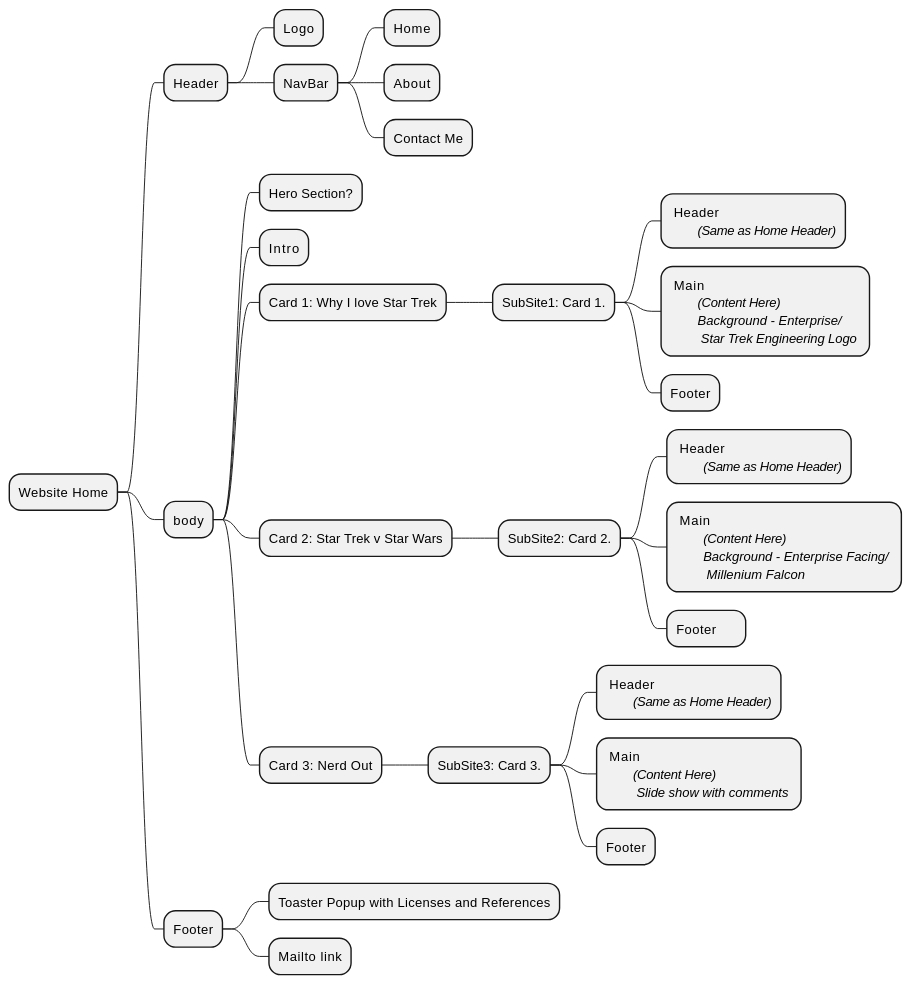
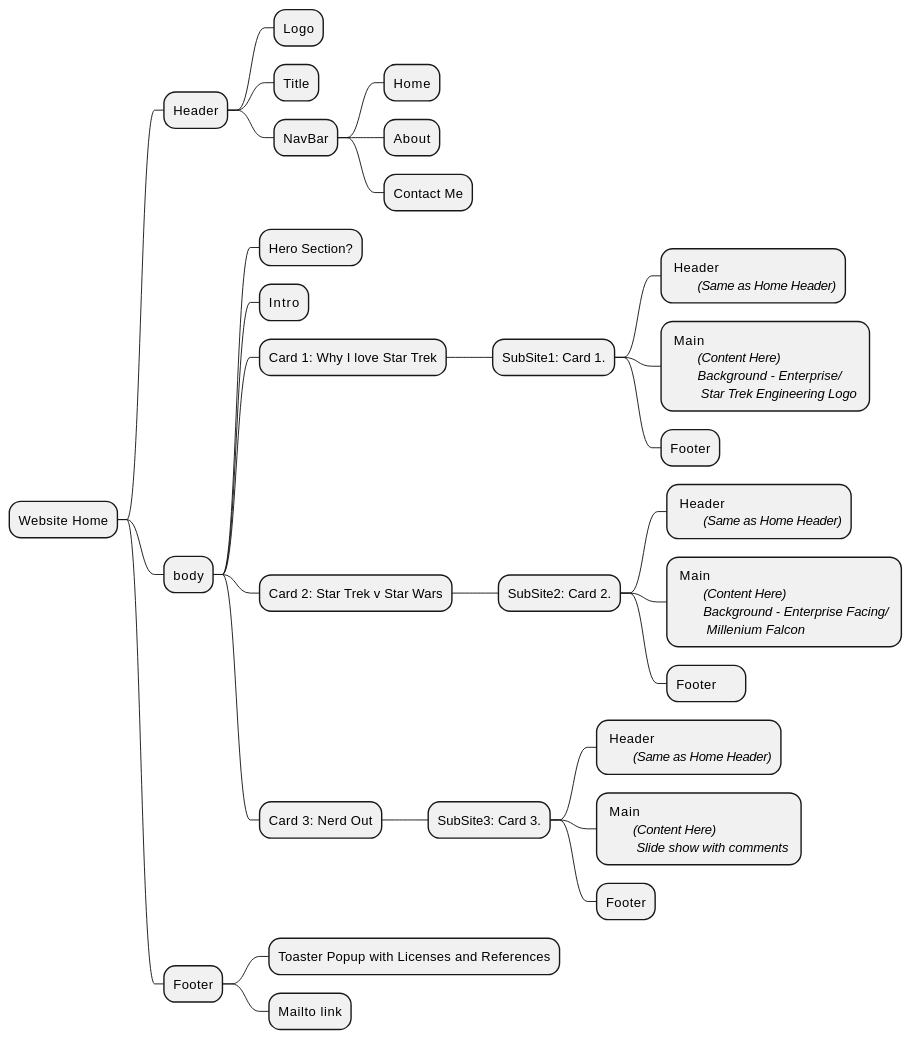
One commit to deadlyBuzz/UCDMod1-Assessment changed the second of 2 diagrams in Notes/Plans-and-Progress.md. Above: the diagram before and after it, drawn with PlantUML. The commit also changed other lines of this file and 6 other files, not shown here.

````diff
--- a/Notes/Plans-and-Progress.md
+++ b/Notes/Plans-and-Progress.md
@@ -139,44 +198,45 @@
 ```plantuml
 @startmindmap site map
 * Website Home
   ** Header
     *** Logo
+    *** Title
     *** NavBar
       **** Home
       **** About
     **** Contact Me
   ** body
     *** Hero Section?
     *** Intro
     *** Card 1: Why I love Star Trek
       **** SubSite1: Card 1.
         *****: Header
         //(Same as Home Header)//;
         *****: Main
         //(Content Here)//
         //Background - Enterprise/ //
         // Star Trek Engineering Logo// ;
         ***** Footer
     *** Card 2: Star Trek v Star Wars
       **** SubSite2: Card 2.
         *****: Header
         //(Same as Home Header)//;
         *****: Main
         //(Content Here)//
         //Background - Enterprise Facing/ //
         // Millenium Falcon//;
         ***** Footer      
     *** Card 3: Nerd Out
       **** SubSite3: Card 3.
         *****: Header
         //(Same as Home Header)//;
         *****: Main
         //(Content Here)//
         // Slide show with comments //;
         ***** Footer
   ** Footer
   *** Toaster Popup with Licenses and References
   *** Mailto link
 
 @endmindmap
 ```
````
